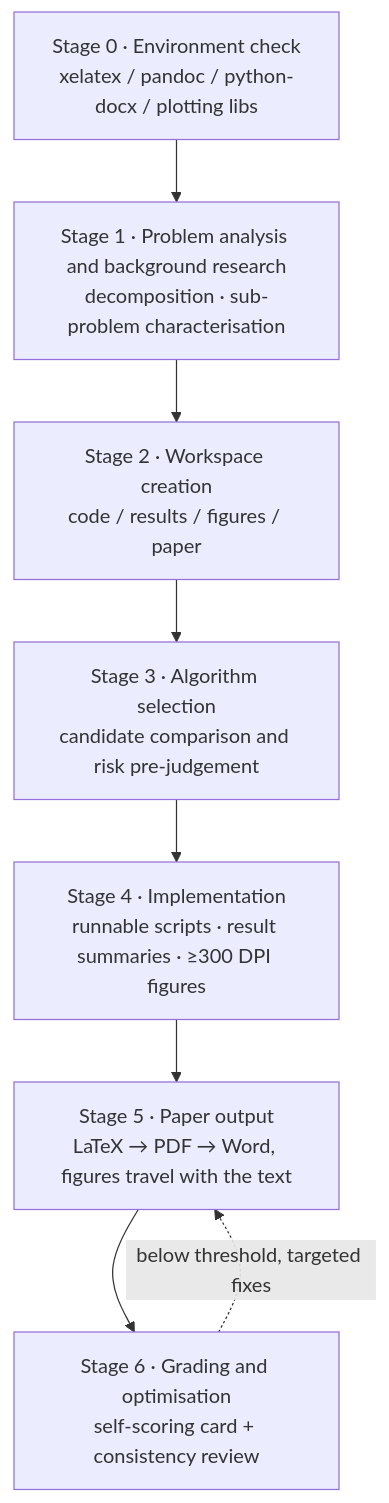
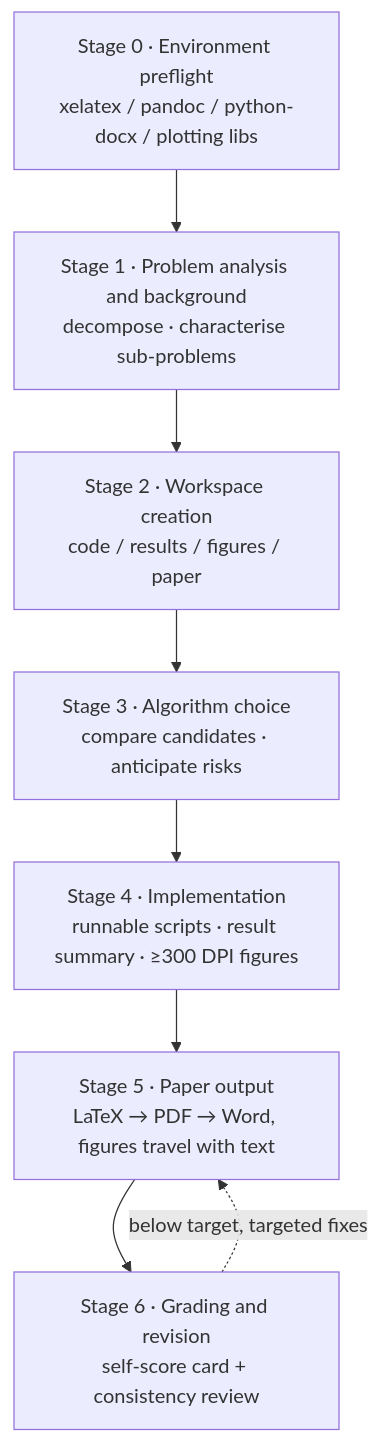
Before and after one commit to Escap1ng/mathmodel-kit: the diagram in README_EN.md, drawn with Mermaid. The commit also changed other lines of this file and 1 other file, not shown here.

First line of the commit message:
docs(readme): 重写中英 README，移除示意图预览并整体精简

````diff
--- a/README_EN.md
+++ b/README_EN.md
@@ -228,10 +177,10 @@
 ```mermaid
 flowchart TD
-    S0["Stage 0 · Environment check<br/>xelatex / pandoc / python-docx / plotting libs"] --> S1["Stage 1 · Problem analysis and background research<br/>decomposition · sub-problem characterisation"]
+    S0["Stage 0 · Environment preflight<br/>xelatex / pandoc / python-docx / plotting libs"] --> S1["Stage 1 · Problem analysis and background<br/>decompose · characterise sub-problems"]
     S1 --> S2["Stage 2 · Workspace creation<br/>code / results / figures / paper"]
-    S2 --> S3["Stage 3 · Algorithm selection<br/>candidate comparison and risk pre-judgement"]
-    S3 --> S4["Stage 4 · Implementation<br/>runnable scripts · result summaries · ≥300 DPI figures"]
-    S4 --> S5["Stage 5 · Paper output<br/>LaTeX → PDF → Word, figures travel with the text"]
-    S5 --> S6["Stage 6 · Grading and optimisation<br/>self-scoring card + consistency review"]
-    S6 -.->|below threshold, targeted fixes| S5
+    S2 --> S3["Stage 3 · Algorithm choice<br/>compare candidates · anticipate risks"]
+    S3 --> S4["Stage 4 · Implementation<br/>runnable scripts · result summary · ≥300 DPI figures"]
+    S4 --> S5["Stage 5 · Paper output<br/>LaTeX → PDF → Word, figures travel with text"]
+    S5 --> S6["Stage 6 · Grading and revision<br/>self-score card + consistency review"]
+    S6 -.->|below target, targeted fixes| S5
 ```
````
